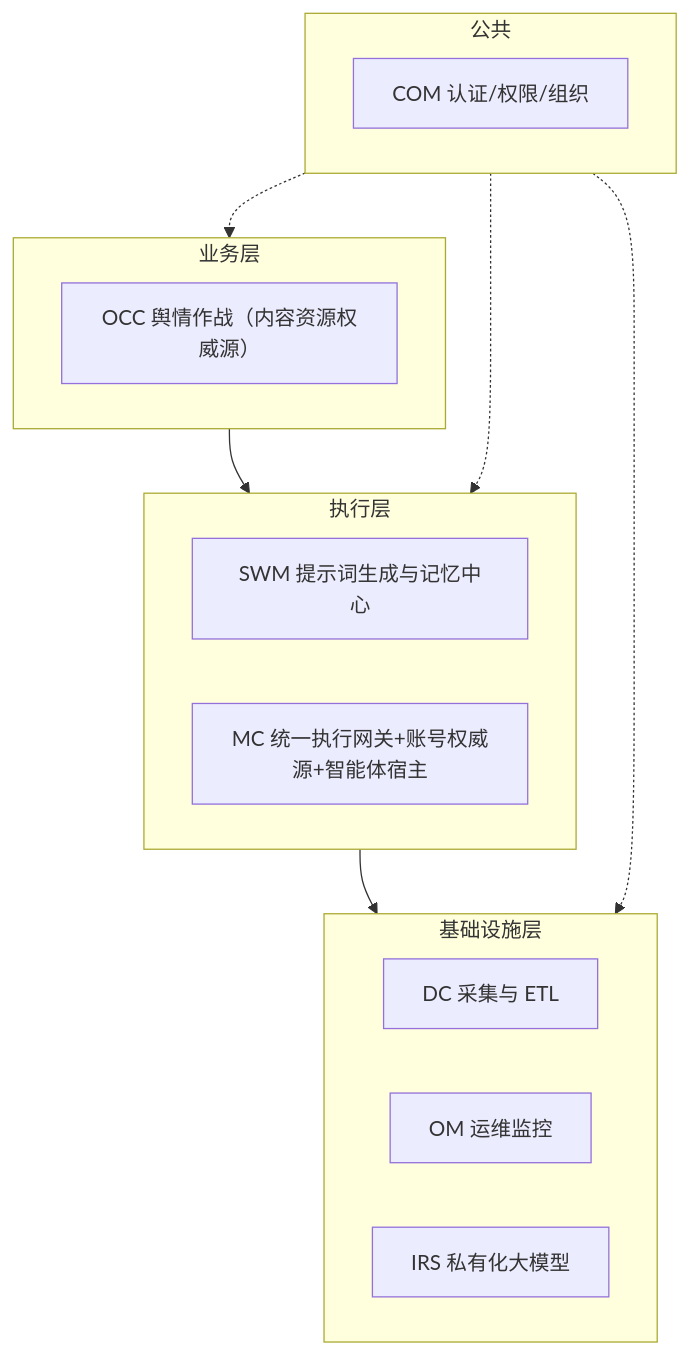
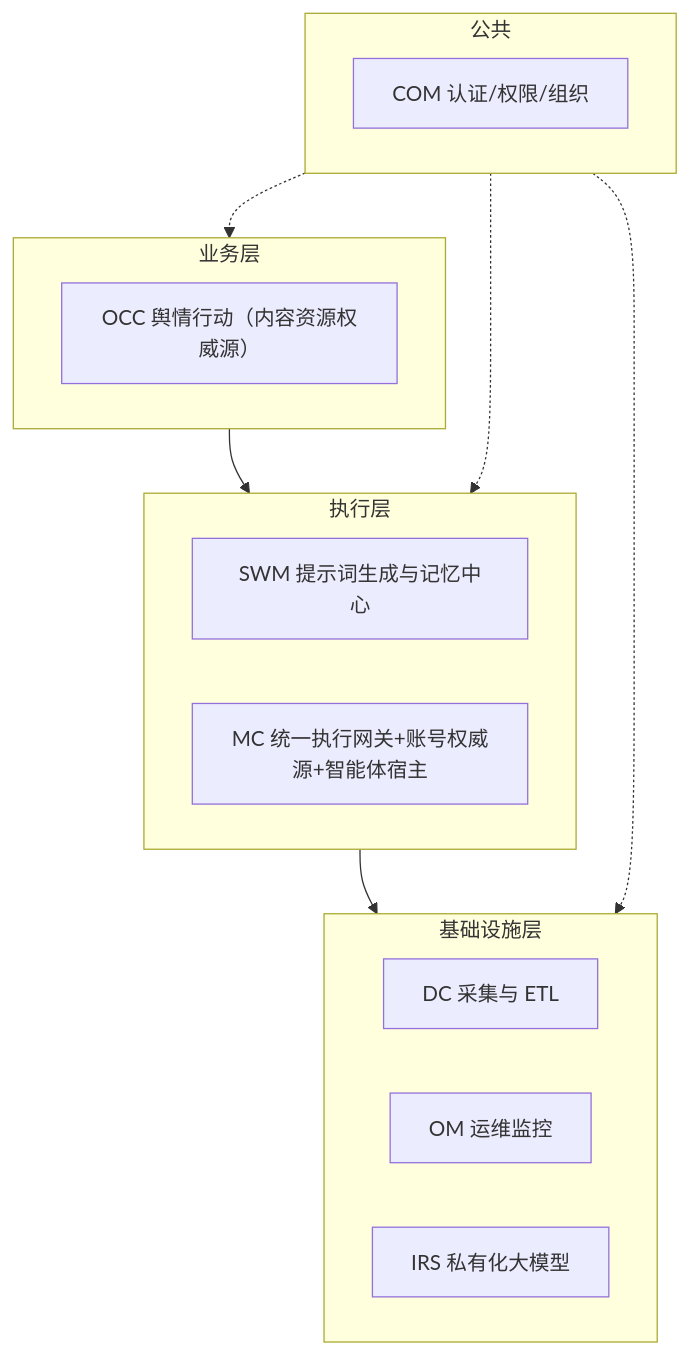
One commit to Sj-g/obsidian changed the second of 14 diagrams in 公司项目/认知作战/文档/软件概要设计说明.md. Above: the diagram before and after it, drawn with Mermaid. The commit also changed other lines of this file and 10 other files, not shown here.

````diff
--- a/公司项目/认知作战/文档/软件概要设计说明.md
+++ b/公司项目/认知作战/文档/软件概要设计说明.md
@@ -115,20 +115,20 @@
 ```mermaid
 flowchart TB
     subgraph L4["公共"]
         COM["COM 认证/权限/组织"]
     end
     subgraph L3["业务层"]
-        OCC["OCC 舆情作战（内容资源权威源）"]
+        OCC["OCC 舆情行动（内容资源权威源）"]
     end
     subgraph L2["执行层"]
         SWM["SWM 提示词生成与记忆中心"]
         MC["MC 统一执行网关+账号权威源+智能体宿主"]
     end
     subgraph L1["基础设施层"]
         DC["DC 采集与 ETL"]
         OM["OM 运维监控"]
         IRS["IRS 私有化大模型"]
     end
     L3 --> L2 --> L1
     L4 -.-> L1 & L2 & L3
 ```
````
